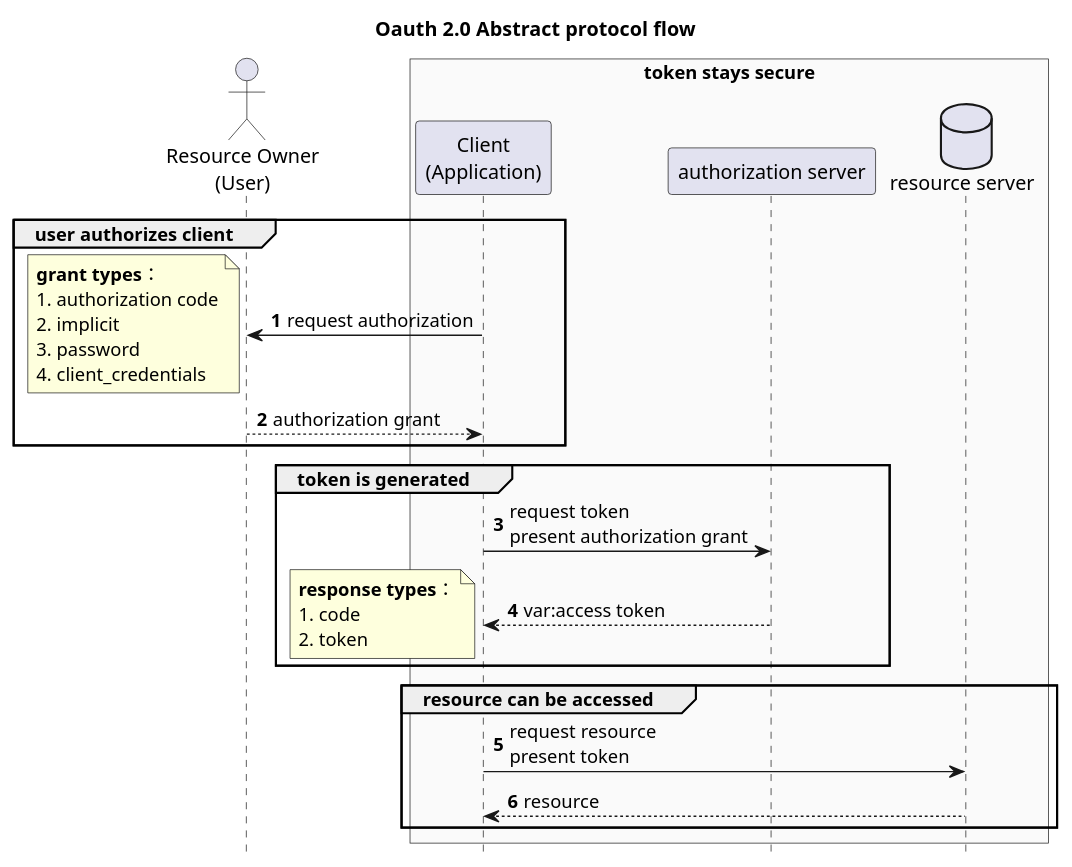
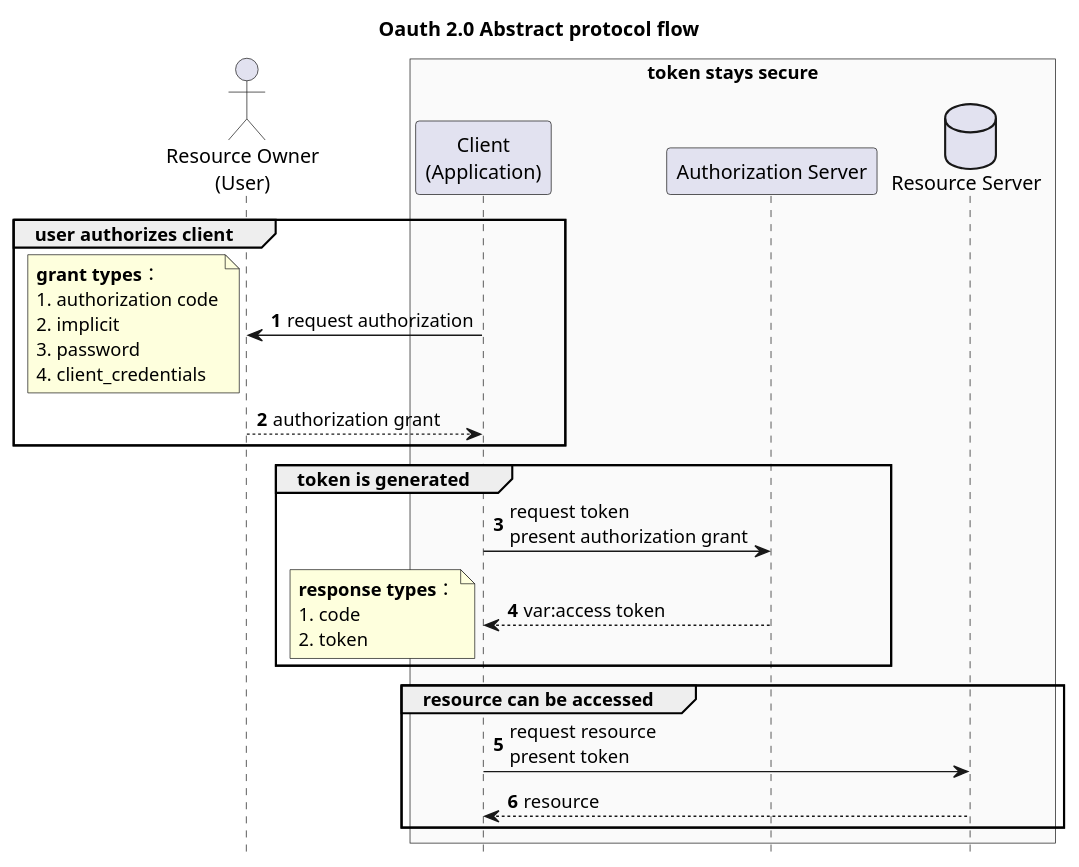
The diagram in PlantUML/sequence.puml (dexiang/uml-in-markdown), drawn with PlantUML before and after one commit. The commit also changed 1 other file, not shown here.

Commit message:
Describe how PlantUML works in GitHub

```diff
--- a/PlantUML/sequence.puml
+++ b/PlantUML/sequence.puml
@@ -1,38 +1,38 @@
 @startuml Oauth
 hide footbox
 title Oauth 2.0 Abstract protocol flow
 autonumber
 actor user as "Resource Owner\n(User)"
 box "token stays secure" #FAFAFA
 participant client as "Client\n(Application)"
-participant authorization as "authorization server"
-database resource as "resource server"
+participant authorization as "Authorization Server"
+database resource as "Resource Server"
 end box
 
 group user authorizes client
 client -> user:request authorization
 note left
     **grant types**：
     # authorization code
     # implicit
     # password
     # client_credentials
 end note
 user --> client:authorization grant
 end
 
 group token is generated
 client -> authorization:request token\npresent authorization grant
 authorization --> client:var:access token
 note left
     **response types**：
     # code
     # token
 end note
 end group
 
 group resource can be accessed
 client -> resource:request resource\npresent token
 resource --> client:resource
 end group
 @enduml
```
